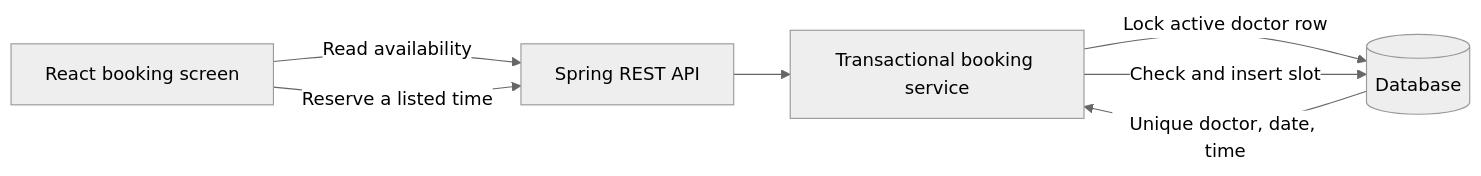
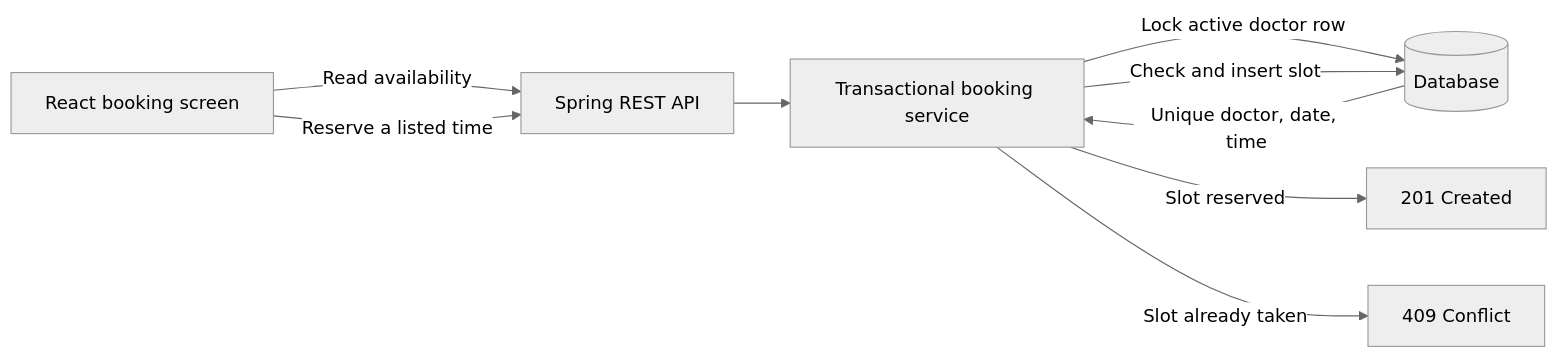
One commit to Dhivyaprakash-hub/Hospital-application changed the diagram in README.md. Above: the diagram before and after it, drawn with Mermaid (neutral theme). The commit also changed other lines of this file and 2 other files, not shown here.

````diff
--- a/README.md
+++ b/README.md
@@ -36,9 +48,11 @@
 ```mermaid
 flowchart LR
     UI[React booking screen] -->|Read availability| API[Spring REST API]
     UI -->|Reserve a listed time| API
     API --> S[Transactional booking service]
     S -->|Lock active doctor row| D[(Database)]
     S -->|Check and insert slot| D
     D -->|Unique doctor, date, time| S
+    S -->|Slot reserved| Created[201 Created]
+    S -->|Slot already taken| Conflict[409 Conflict]
 ```
````
